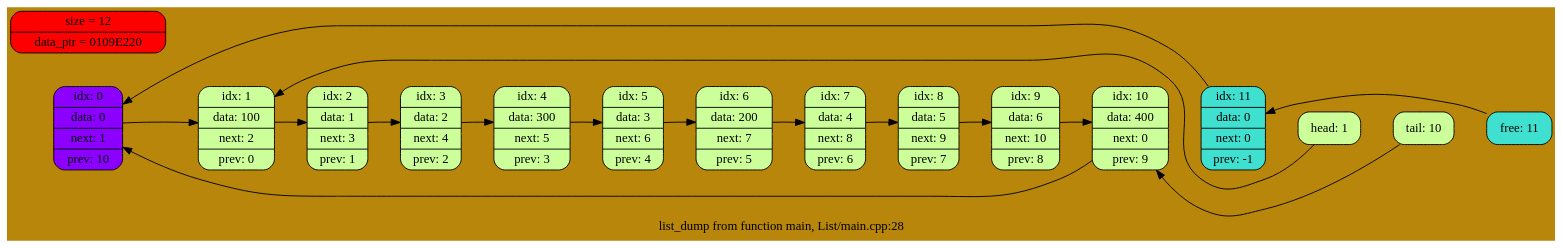
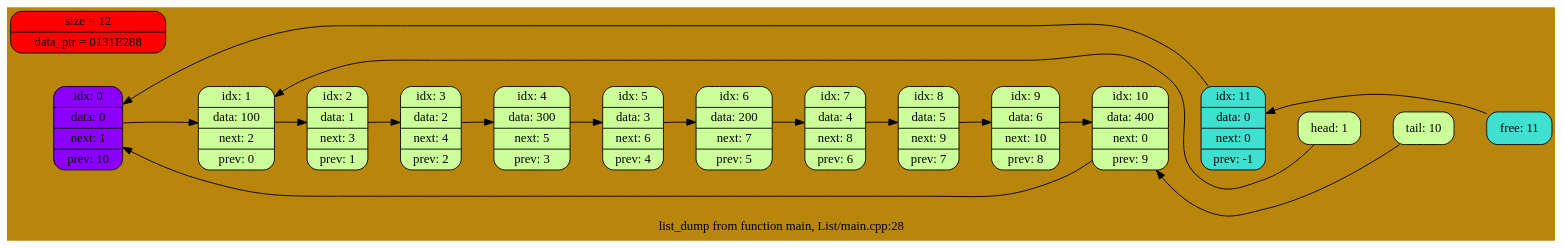
Before and after one commit to EntryFrager/Lists: the diagram in dump.dot, drawn with Graphviz. The commit also changed 6 other files, not shown here.

```diff
--- a/dump.dot
+++ b/dump.dot
@@ -1,37 +1,37 @@
 digraph List {
 	rankdir = LR;
 	node [shape = record];
 	bgcolor = "#B8860B";
 	0 -> 0 -> 1 -> 2 -> 3 -> 4 -> 5 -> 6 -> 7 -> 8 -> 9 -> 10 -> 11 -> head -> tail -> free[arrowsize = 0.0, weight = 10000, color = "#B8860B"];
 	0 [shape = Mrecord, style = filled, fillcolor = "#8B00FF", label = "idx: 0 | data: 0 | next: 1 | prev: 10"];
 	1 [shape = Mrecord, style = filled, fillcolor = "#ccff99", label = "idx: 1 | data: 100 | next: 2 | prev: 0"];
 	2 [shape = Mrecord, style = filled, fillcolor = "#ccff99", label = "idx: 2 | data: 1 | next: 3 | prev: 1"];
 	3 [shape = Mrecord, style = filled, fillcolor = "#ccff99", label = "idx: 3 | data: 2 | next: 4 | prev: 2"];
 	4 [shape = Mrecord, style = filled, fillcolor = "#ccff99", label = "idx: 4 | data: 300 | next: 5 | prev: 3"];
 	5 [shape = Mrecord, style = filled, fillcolor = "#ccff99", label = "idx: 5 | data: 3 | next: 6 | prev: 4"];
 	6 [shape = Mrecord, style = filled, fillcolor = "#ccff99", label = "idx: 6 | data: 200 | next: 7 | prev: 5"];
 	7 [shape = Mrecord, style = filled, fillcolor = "#ccff99", label = "idx: 7 | data: 4 | next: 8 | prev: 6"];
 	8 [shape = Mrecord, style = filled, fillcolor = "#ccff99", label = "idx: 8 | data: 5 | next: 9 | prev: 7"];
 	9 [shape = Mrecord, style = filled, fillcolor = "#ccff99", label = "idx: 9 | data: 6 | next: 10 | prev: 8"];
 	10 [shape = Mrecord, style = filled, fillcolor = "#ccff99", label = "idx: 10 | data: 400 | next: 0 | prev: 9"];
 	11 [shape = Mrecord, style = filled, fillcolor = "#40E0D0", label = "idx: 11 | data: 0 | next: 0 | prev: -1"];
 	head [shape = Mrecord, style = filled, fillcolor = "#ccff99", label = "head: 1"];
 	tail [shape = Mrecord, style = filled, fillcolor = "#ccff99", label = "tail: 10"];
 	free [shape = Mrecord, style = filled, fillcolor = "#40E0D0", label = "free: 11"];
 	0 -> 1
 	1 -> 2
 	2 -> 3
 	3 -> 4
 	4 -> 5
 	5 -> 6
 	6 -> 7
 	7 -> 8
 	8 -> 9
 	9 -> 10
 	10 -> 0
 	11 -> 0
 	head -> 1
 	tail -> 10
 	free -> 11
 	label = "list_dump from function main, List/main.cpp:28";
-	All[shape = Mrecord, style = filled, fillcolor = "#ff0000", label = "size = 12 | data_ptr = 0109E220"];}
+	All[shape = Mrecord, style = filled, fillcolor = "#ff0000", label = "size = 12 | data_ptr = 0131E288"];}
```
